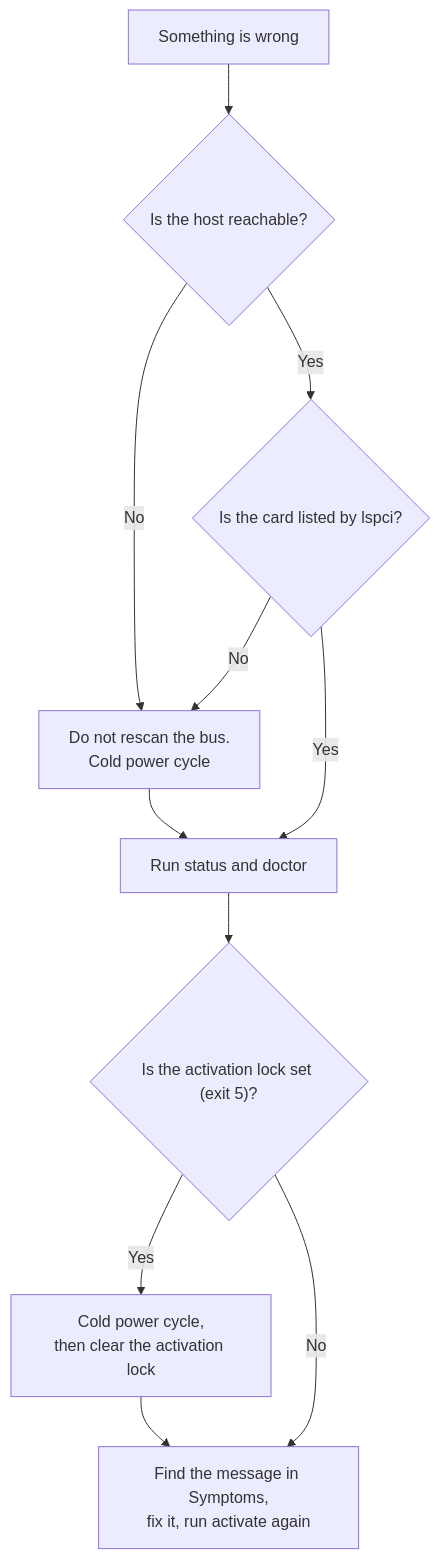
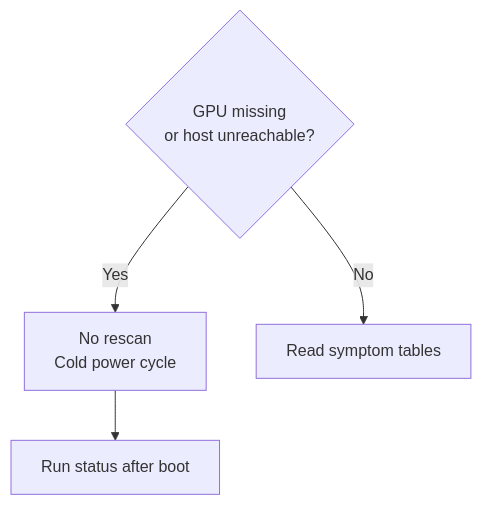
One commit to noon-at-cgn/geforce-sriov changed the first of 2 diagrams in docs/recovery.md. Above: the diagram before and after it, drawn with Mermaid. The commit also changed other lines of this file and 86 other files, not shown here.

````diff
--- a/docs/recovery.md
+++ b/docs/recovery.md
@@ -30,13 +15,6 @@
 ```mermaid
 flowchart TD
-    A["Something is wrong"] --> B{"Is the host reachable?"}
-    B -->|No| C["Do not rescan the bus.<br/>Cold power cycle"]
-    B -->|Yes| B2{"Is the card listed by lspci?"}
-    B2 -->|No| C
-    B2 -->|Yes| D["Run status and doctor"]
-    C --> D
-    D --> E{"Is the activation lock set (exit 5)?"}
-    E -->|Yes| F["Cold power cycle,<br/>then clear the activation lock"]
-    E -->|No| G["Find the message in Symptoms,<br/>fix it, run activate again"]
-    F --> G
+    fault{"GPU missing<br/>or host unreachable?"} -->|Yes| cold["No rescan<br/>Cold power cycle"]
+    cold --> status["Run status after boot"]
+    fault -->|No| symptoms["Read symptom tables"]
 ```
````
